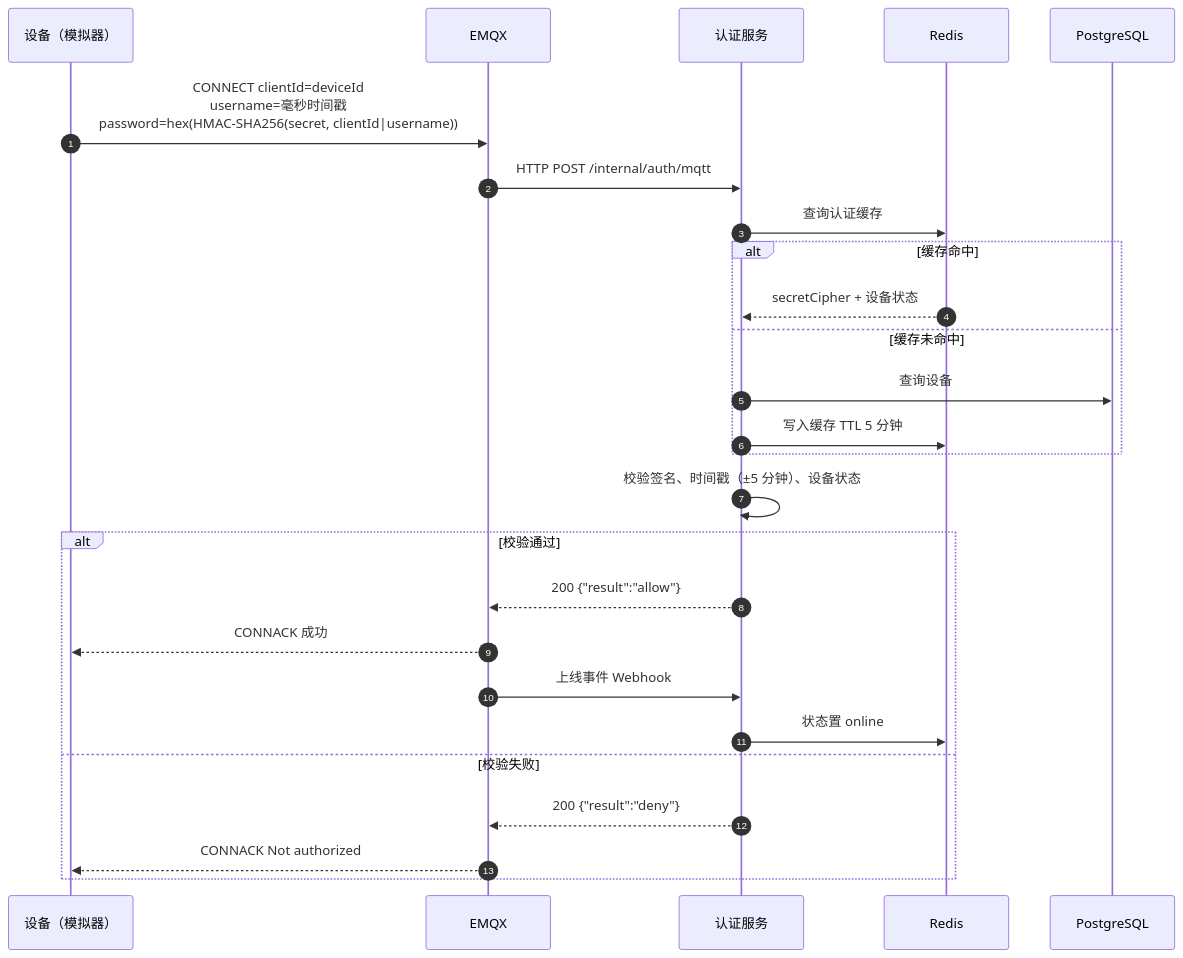
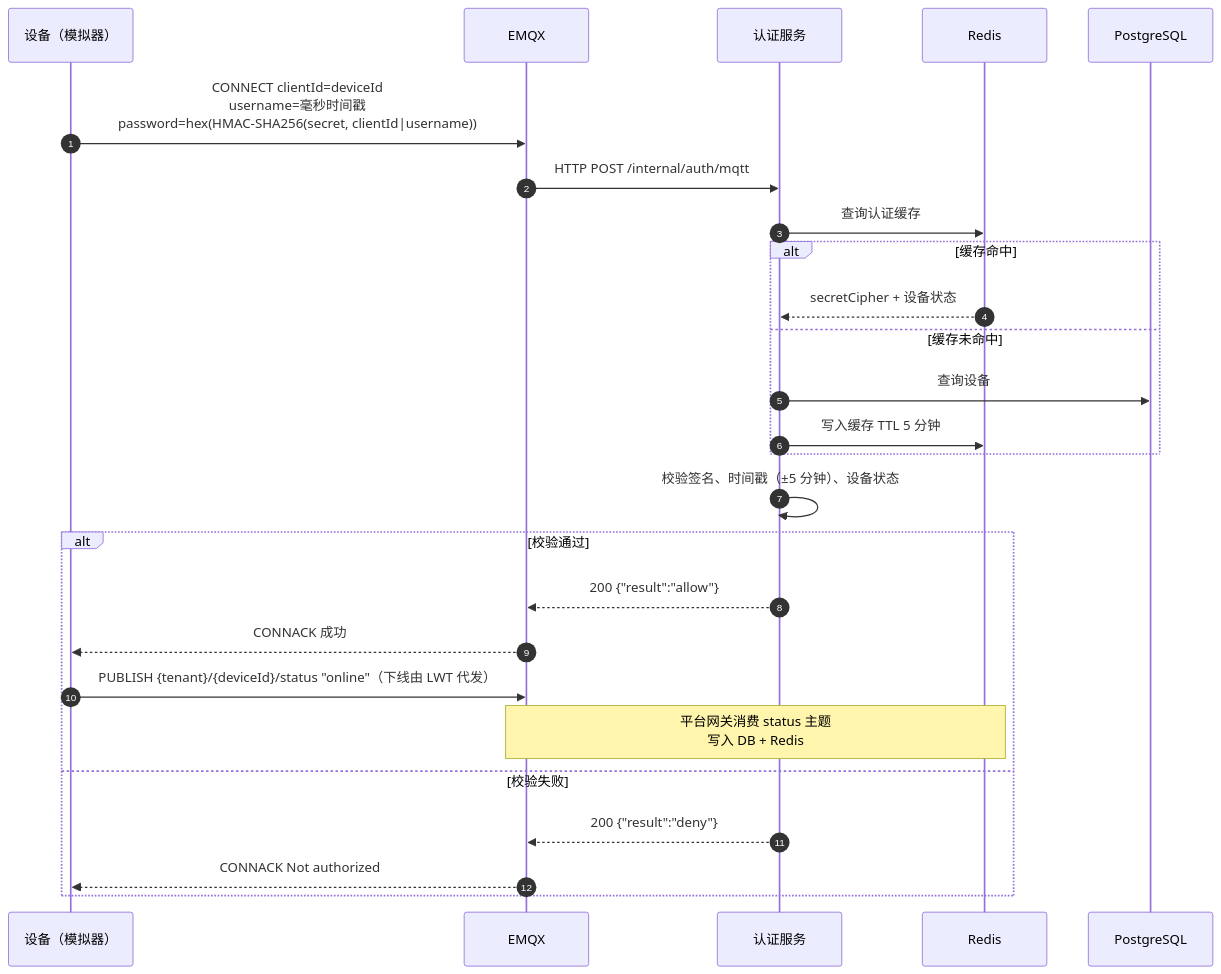
The fourth of 15 diagrams in docs/design.md (wuzhudexiaopacai/coherer), drawn with Mermaid before and after one commit. The commit also changed other lines of this file and 33 other files, not shown here.

````diff
--- a/docs/design.md
+++ b/docs/design.md
@@ -136,32 +136,32 @@
 ```mermaid
 sequenceDiagram
     autonumber
     participant D as 设备（模拟器）
     participant EMQX as EMQX
     participant AUTH as 认证服务
     participant R as Redis
     participant DB as PostgreSQL
 
     D->>EMQX: CONNECT clientId=deviceId<br/>username=毫秒时间戳<br/>password=hex(HMAC-SHA256(secret, clientId|username))
     EMQX->>AUTH: HTTP POST /internal/auth/mqtt
     AUTH->>R: 查询认证缓存
 
     alt 缓存命中
         R-->>AUTH: secretCipher + 设备状态
     else 缓存未命中
         AUTH->>DB: 查询设备
         AUTH->>R: 写入缓存 TTL 5 分钟
     end
 
     AUTH->>AUTH: 校验签名、时间戳（±5 分钟）、设备状态
 
     alt 校验通过
         AUTH-->>EMQX: 200 {"result":"allow"}
         EMQX-->>D: CONNACK 成功
-        EMQX->>AUTH: 上线事件 Webhook
-        AUTH->>R: 状态置 online
+        D->>EMQX: PUBLISH {tenant}/{deviceId}/status "online"（下线由 LWT 代发）
+        Note over EMQX,R: 平台网关消费 status 主题<br/>写入 DB + Redis
     else 校验失败
         AUTH-->>EMQX: 200 {"result":"deny"}
         EMQX-->>D: CONNACK Not authorized
     end
 ```
````
